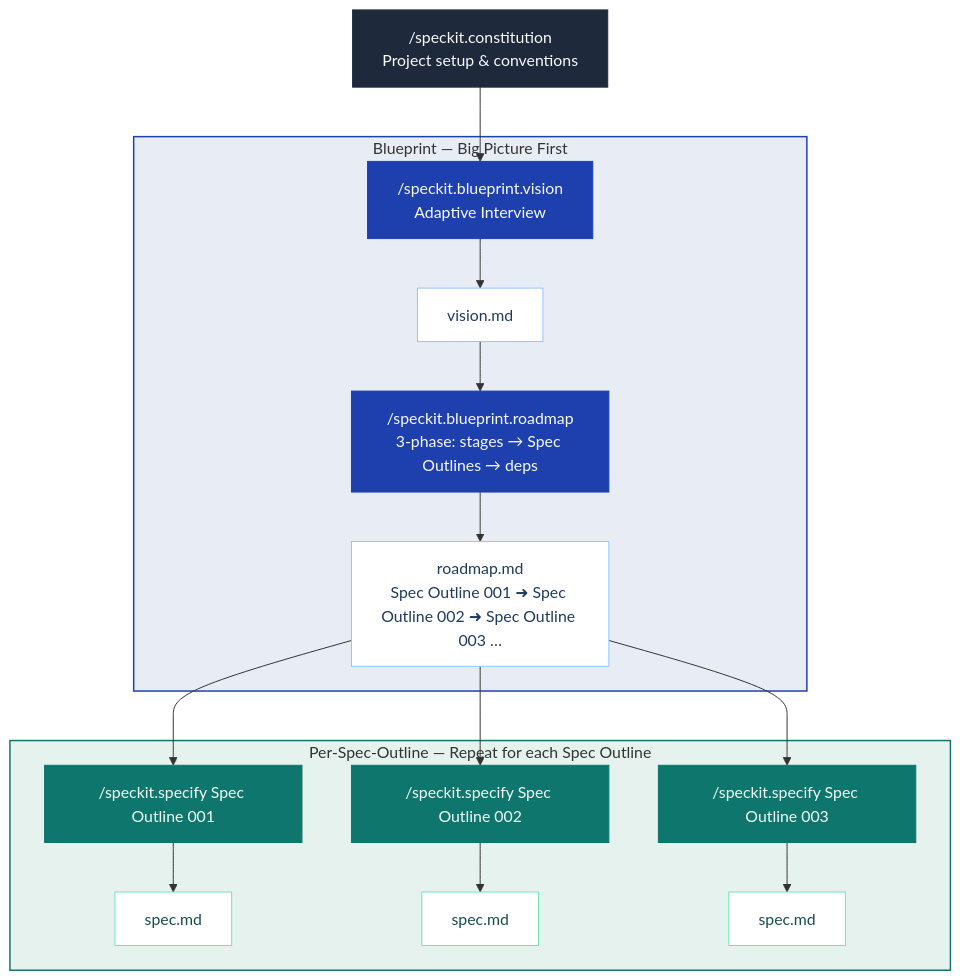
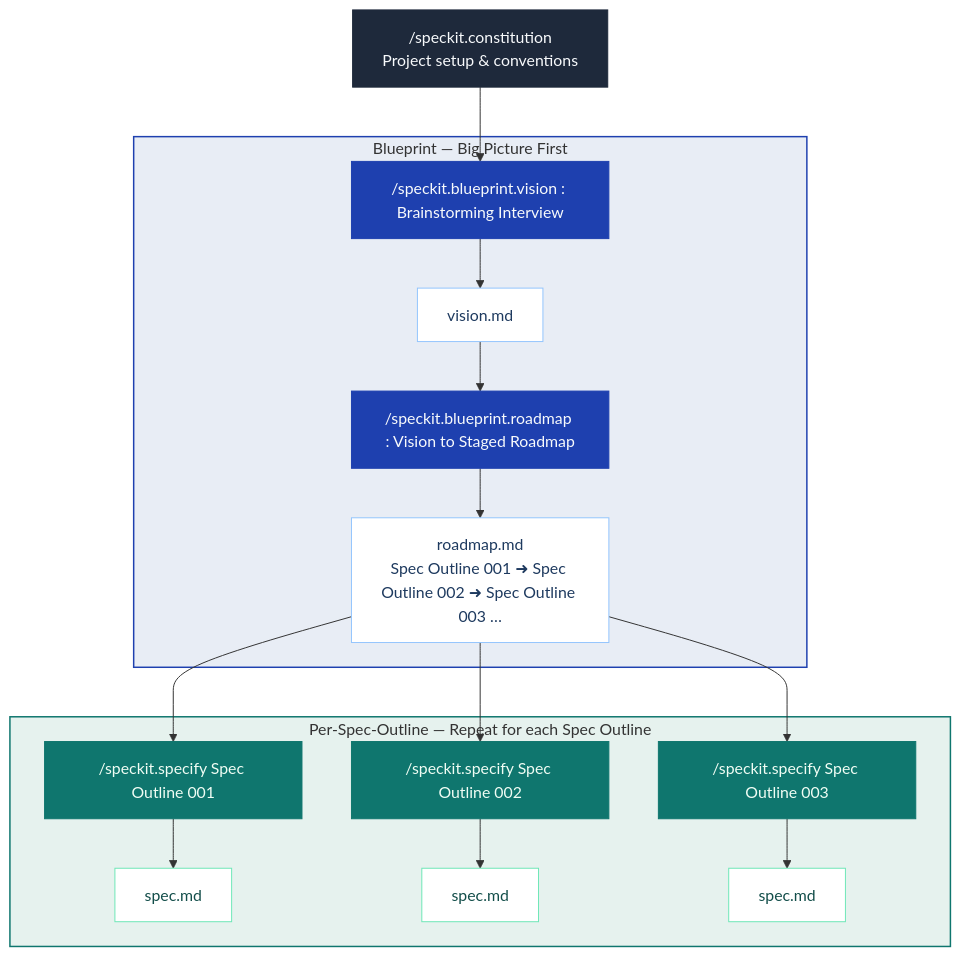
One commit to jaeryun/spec-kit-blueprint changed the diagram in README.md. Above: the diagram before and after it, drawn with Mermaid. The commit also changed other lines of this file, not shown here.

````diff
--- a/README.md
+++ b/README.md
@@ -11,33 +11,33 @@
 ```mermaid
 flowchart TD
     A["/speckit.constitution\nProject setup & conventions"] --> B
 
     subgraph bp ["Blueprint — Big Picture First"]
-        B["/speckit.blueprint.vision\nAdaptive Interview"]
+        B["/speckit.blueprint.vision : Brainstorming Interview"]
         B --> C["vision.md"]
-        C --> D["/speckit.blueprint.roadmap\n3-phase: stages → Spec Outlines → deps"]
+        C --> D["/speckit.blueprint.roadmap : Vision to Staged Roadmap "]
         D --> R["roadmap.md\nSpec Outline 001 ➜ Spec Outline 002 ➜ Spec Outline 003 …"]
     end
 
     R --> F & G & H
 
     subgraph impl ["Per-Spec-Outline — Repeat for each Spec Outline"]
         F["/speckit.specify Spec Outline 001"] --> spec1["spec.md"]
         G["/speckit.specify Spec Outline 002"] --> spec2["spec.md"]
         H["/speckit.specify Spec Outline 003"] --> spec3["spec.md"]
     end
 
     style bp fill:#e8edf5,stroke:#1e40af,stroke-width:1.5px
     style impl fill:#e6f2ee,stroke:#0f766e,stroke-width:1.5px
     style A fill:#1e293b,stroke:#1e293b,color:#f8fafc
     style B fill:#1e40af,stroke:#1e40af,color:#f8fafc
     style C fill:#ffffff,stroke:#93c5fd,color:#1e3a5f
     style D fill:#1e40af,stroke:#1e40af,color:#f8fafc
     style R fill:#ffffff,stroke:#93c5fd,color:#1e3a5f
     style F fill:#0f766e,stroke:#0f766e,color:#f0fdf4
     style G fill:#0f766e,stroke:#0f766e,color:#f0fdf4
     style H fill:#0f766e,stroke:#0f766e,color:#f0fdf4
     style spec1 fill:#ffffff,stroke:#6ee7b7,color:#134e4a
     style spec2 fill:#ffffff,stroke:#6ee7b7,color:#134e4a
     style spec3 fill:#ffffff,stroke:#6ee7b7,color:#134e4a
 ```
````
